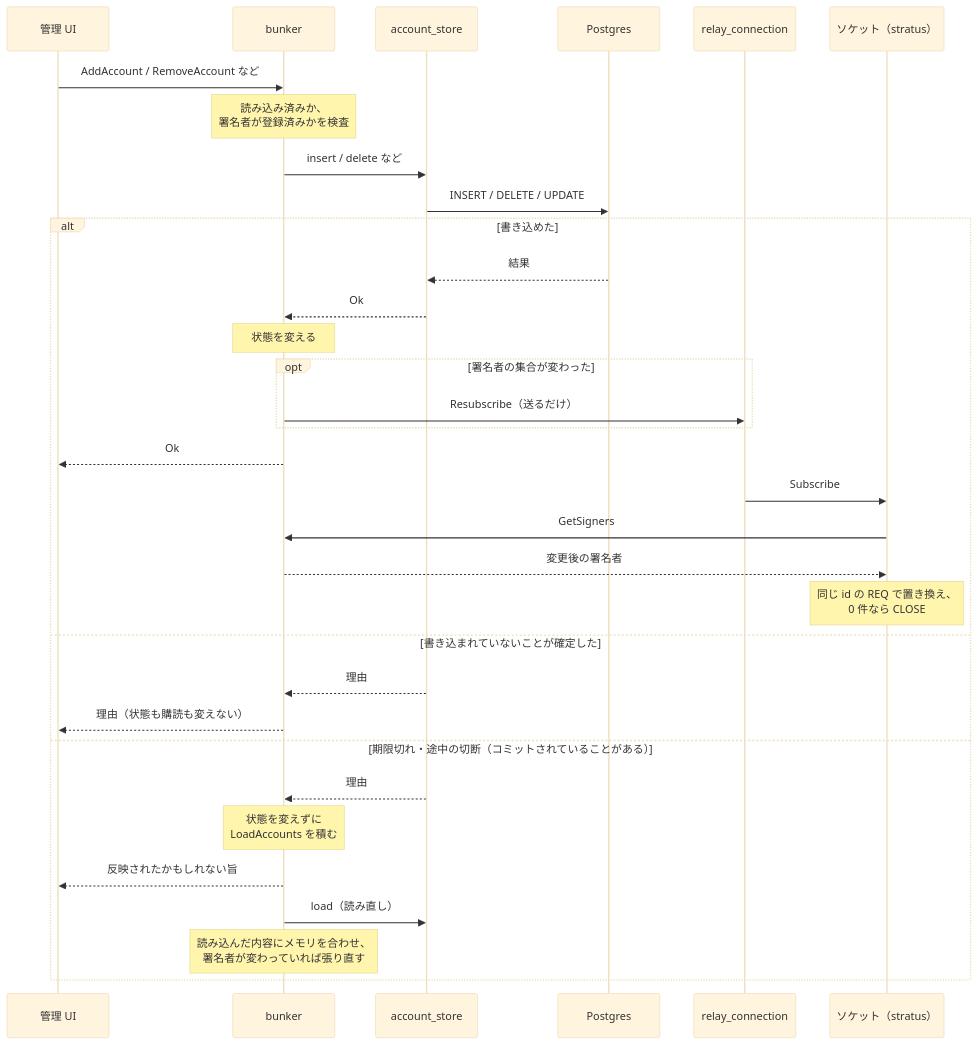
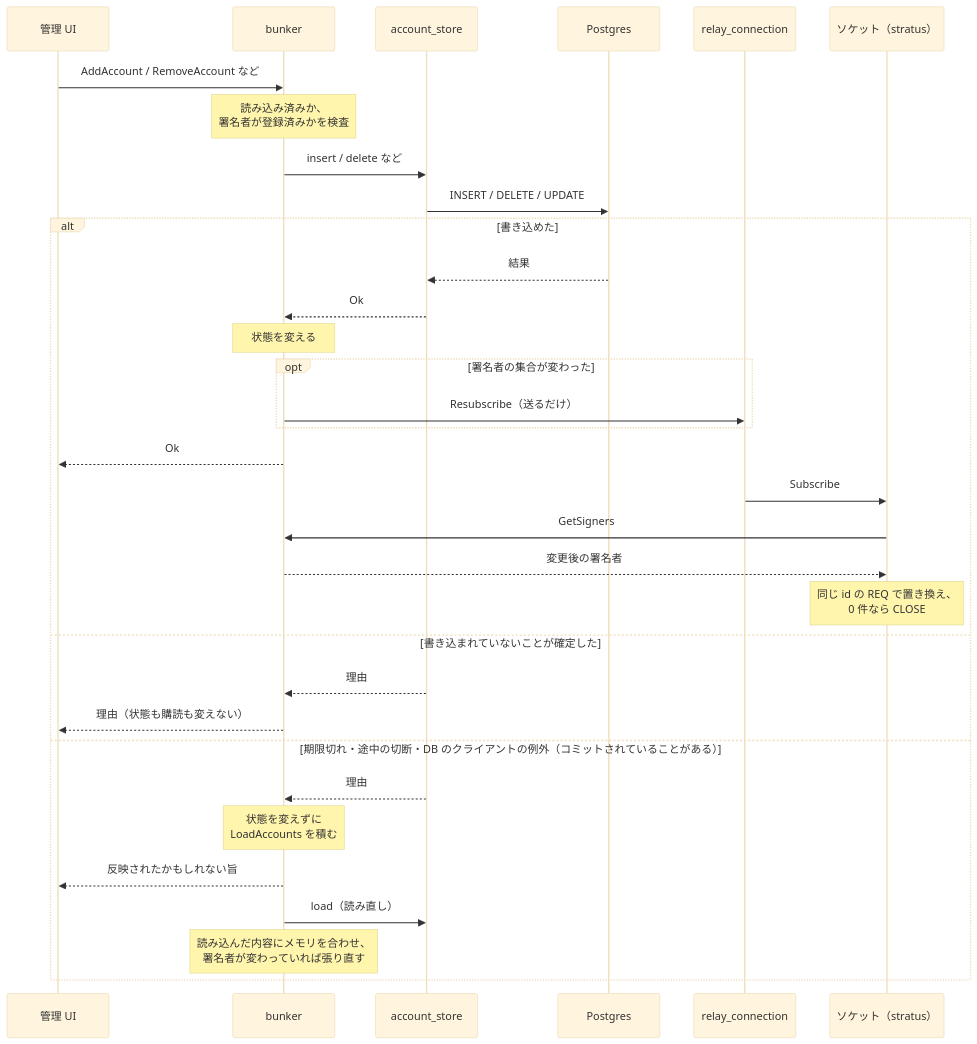
Before and after one commit to neverclear86/nostr-no-su: the fifth of 8 diagrams in docs/architecture.md, drawn with Mermaid (base theme). The commit also changed other lines of this file and 6 other files, not shown here.

````diff
--- a/docs/architecture.md
+++ b/docs/architecture.md
@@ -261,36 +262,36 @@
 ```mermaid
 sequenceDiagram
     participant ui as 管理 UI
     participant bk as bunker
     participant store as account_store
     participant db as Postgres
     participant conn as relay_connection
     participant sock as ソケット（stratus）
 
     ui->>bk: AddAccount / RemoveAccount など
     Note over bk: 読み込み済みか、<br/>署名者が登録済みかを検査
     bk->>store: insert / delete など
     store->>db: INSERT / DELETE / UPDATE
     alt 書き込めた
         db-->>store: 結果
         store-->>bk: Ok
         Note over bk: 状態を変える
         opt 署名者の集合が変わった
             bk->>conn: Resubscribe（送るだけ）
         end
         bk-->>ui: Ok
         conn->>sock: Subscribe
         sock->>bk: GetSigners
         bk-->>sock: 変更後の署名者
         Note over sock: 同じ id の REQ で置き換え、<br/>0 件なら CLOSE
     else 書き込まれていないことが確定した
         store-->>bk: 理由
         bk-->>ui: 理由（状態も購読も変えない）
-    else 期限切れ・途中の切断（コミットされていることがある）
+    else 期限切れ・途中の切断・DB のクライアントの例外（コミットされていることがある）
         store-->>bk: 理由
         Note over bk: 状態を変えずに<br/>LoadAccounts を積む
         bk-->>ui: 反映されたかもしれない旨
         bk->>store: load（読み直し）
         Note over bk: 読み込んだ内容にメモリを合わせ、<br/>署名者が変わっていれば張り直す
     end
 ```
````
